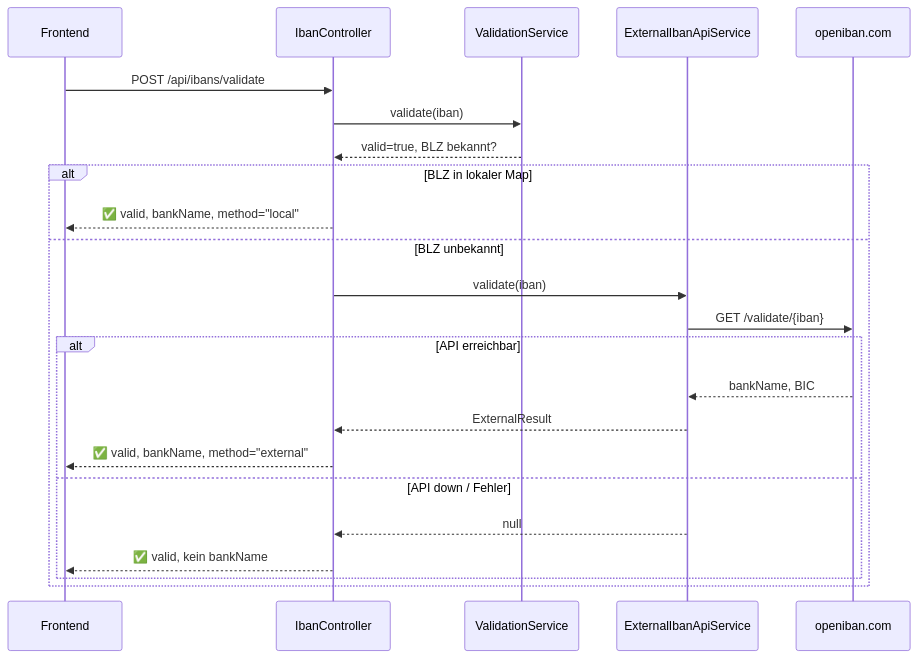
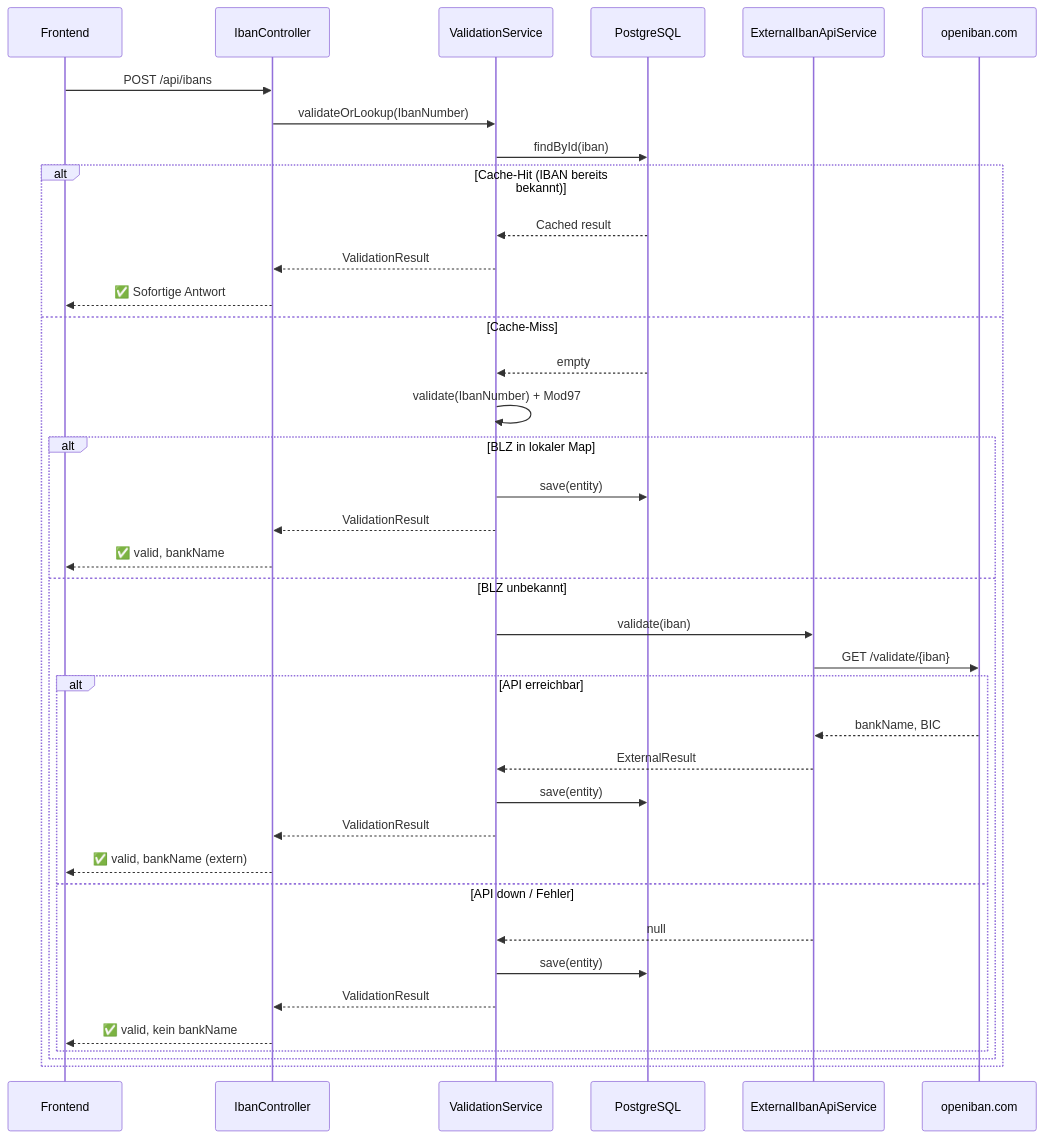
Before and after one commit to nicograef/lexiban: the fourth of 5 diagrams in docs/presentation.md, drawn with Mermaid. The commit also changed other lines of this file and 19 other files, not shown here.

````diff
--- a/docs/presentation.md
+++ b/docs/presentation.md
@@ -227,27 +246,42 @@
 ```mermaid
 sequenceDiagram
     participant FE as Frontend
     participant Ctrl as IbanController
     participant Svc as ValidationService
+    participant DB as PostgreSQL
     participant Ext as ExternalIbanApiService
     participant API as openiban.com
 
-    FE->>Ctrl: POST /api/ibans/validate
-    Ctrl->>Svc: validate(iban)
-    Svc-->>Ctrl: valid=true, BLZ bekannt?
+    FE->>Ctrl: POST /api/ibans
+    Ctrl->>Svc: validateOrLookup(IbanNumber)
+    Svc->>DB: findById(iban)
 
-    alt BLZ in lokaler Map
-        Ctrl-->>FE: ✅ valid, bankName, method="local"
-    else BLZ unbekannt
-        Ctrl->>Ext: validate(iban)
-        Ext->>API: GET /validate/{iban}
-        alt API erreichbar
-            API-->>Ext: bankName, BIC
-            Ext-->>Ctrl: ExternalResult
-            Ctrl-->>FE: ✅ valid, bankName, method="external"
-        else API down / Fehler
-            Ext-->>Ctrl: null
-            Ctrl-->>FE: ✅ valid, kein bankName
+    alt Cache-Hit (IBAN bereits bekannt)
+        DB-->>Svc: Cached result
+        Svc-->>Ctrl: ValidationResult
+        Ctrl-->>FE: ✅ Sofortige Antwort
+    else Cache-Miss
+        DB-->>Svc: empty
+        Svc->>Svc: validate(IbanNumber) + Mod97
+        alt BLZ in lokaler Map
+            Svc->>DB: save(entity)
+            Svc-->>Ctrl: ValidationResult
+            Ctrl-->>FE: ✅ valid, bankName
+        else BLZ unbekannt
+            Svc->>Ext: validate(iban)
+            Ext->>API: GET /validate/{iban}
+            alt API erreichbar
+                API-->>Ext: bankName, BIC
+                Ext-->>Svc: ExternalResult
+                Svc->>DB: save(entity)
+                Svc-->>Ctrl: ValidationResult
+                Ctrl-->>FE: ✅ valid, bankName (extern)
+            else API down / Fehler
+                Ext-->>Svc: null
+                Svc->>DB: save(entity)
+                Svc-->>Ctrl: ValidationResult
+                Ctrl-->>FE: ✅ valid, kein bankName
+            end
         end
     end
 ```
````
